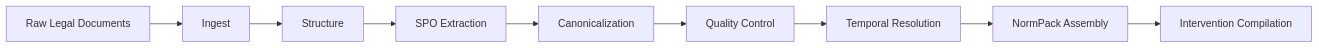
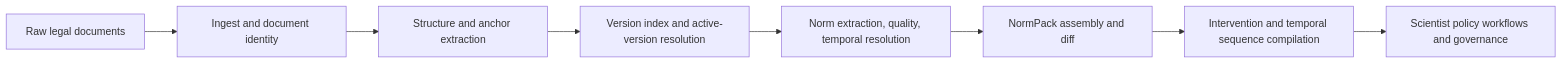
Before and after one commit to DenisKopylov/polisyos: the diagram in policy-engine/docs/explanation/lex-pipeline.md, drawn with Mermaid. The commit also changed other lines of this file and 733 other files, not shown here.

````diff
--- a/policy-engine/docs/explanation/lex-pipeline.md
+++ b/policy-engine/docs/explanation/lex-pipeline.md
@@ -11,11 +14,10 @@
 ```mermaid
 flowchart LR
-  A["Raw Legal Documents"] --> B["Ingest"]
-  B --> C["Structure"]
-  C --> D["SPO Extraction"]
-  D --> E["Canonicalization"]
-  E --> F["Quality Control"]
-  F --> G["Temporal Resolution"]
-  G --> H["NormPack Assembly"]
-  H --> I["Intervention Compilation"]
+    Source["Raw legal documents"] --> Ingest["Ingest and document identity"]
+    Ingest --> Structure["Structure and anchor extraction"]
+    Structure --> Version["Version index and active-version resolution"]
+    Version --> Norms["Norm extraction, quality, temporal resolution"]
+    Norms --> Pack["NormPack assembly and diff"]
+    Pack --> Interventions["Intervention and temporal sequence compilation"]
+    Interventions --> Scientist["Scientist policy workflows and governance"]
 ```
````
